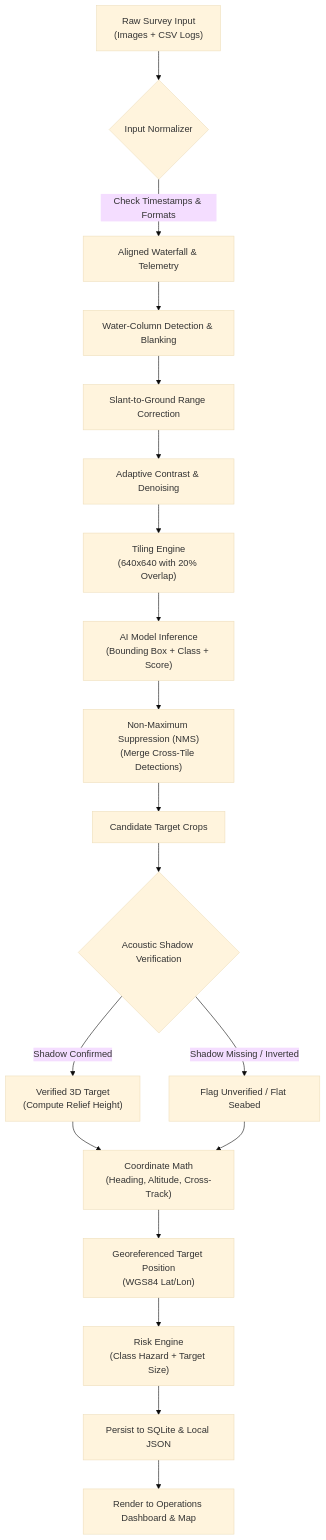
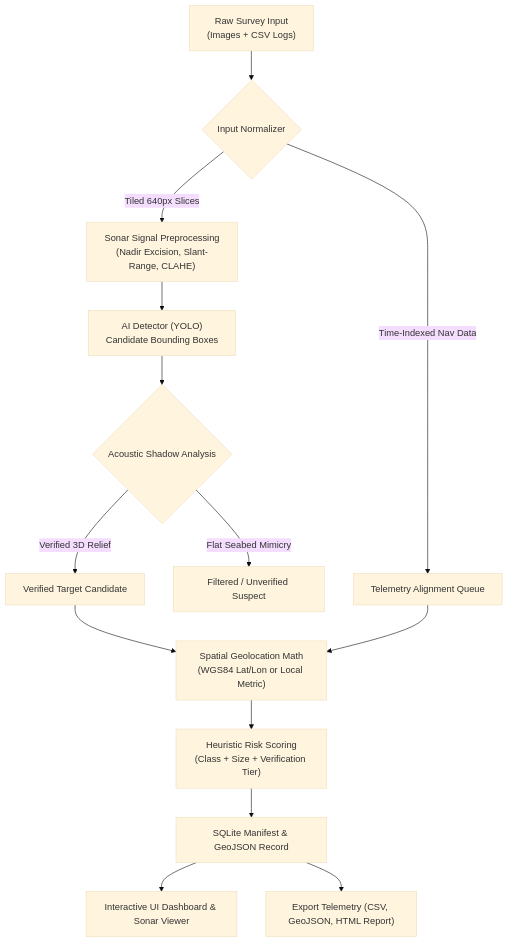
The third of 11 diagrams in PROJECT_SPECIFICATION.md (RaghavKacker/Aqua-Sentinel), drawn with Mermaid (base theme) before and after one commit. The commit also changed other lines of this file, not shown here.

````diff
--- a/PROJECT_SPECIFICATION.md
+++ b/PROJECT_SPECIFICATION.md
@@ -370,20 +189,15 @@
 ```mermaid
 flowchart TD
     A["Raw Survey Input<br/>(Images + CSV Logs)"] --> B{"Input Normalizer"}
-    B -->|Check Timestamps & Formats| C["Aligned Waterfall & Telemetry"]
-    C --> D["Water-Column Detection & Blanking"]
-    D --> E["Slant-to-Ground Range Correction"]
-    E --> F["Adaptive Contrast & Denoising"]
-    F --> G["Tiling Engine<br/>(640x640 with 20% Overlap)"]
-    G --> H["AI Model Inference<br/>(Bounding Box + Class + Score)"]
-    H --> I["Non-Maximum Suppression (NMS)<br/>(Merge Cross-Tile Detections)"]
-    I --> J["Candidate Target Crops"]
-    J --> K{"Acoustic Shadow Verification"}
-    K -->|Shadow Confirmed| L["Verified 3D Target<br/>(Compute Relief Height)"]
-    K -->|Shadow Missing / Inverted| M["Flag Unverified / Flat Seabed"]
-    L & M --> N["Coordinate Math<br/>(Heading, Altitude, Cross-Track)"]
-    N --> O["Georeferenced Target Position<br/>(WGS84 Lat/Lon)"]
-    O --> P["Risk Engine<br/>(Class Hazard + Target Size)"]
-    P --> Q["Persist to SQLite & Local JSON"]
-    Q --> R["Render to Operations Dashboard & Map"]
+    B -->|Tiled 640px Slices| C["Sonar Signal Preprocessing<br/>(Nadir Excision, Slant-Range, CLAHE)"]
+    B -->|Time-Indexed Nav Data| D["Telemetry Alignment Queue"]
+    C --> E["AI Detector (YOLO)<br/>Candidate Bounding Boxes"]
+    E --> F{"Acoustic Shadow Analysis"}
+    F -->|Verified 3D Relief| G["Verified Target Candidate"]
+    F -->|Flat Seabed Mimicry| H["Filtered / Unverified Suspect"]
+    G & D --> I["Spatial Geolocation Math<br/>(WGS84 Lat/Lon or Local Metric)"]
+    I --> J["Heuristic Risk Scoring<br/>(Class + Size + Verification Tier)"]
+    J --> K["SQLite Manifest & GeoJSON Record"]
+    K --> L["Interactive UI Dashboard & Sonar Viewer"]
+    K --> M["Export Telemetry (CSV, GeoJSON, HTML Report)"]
 ```
````
